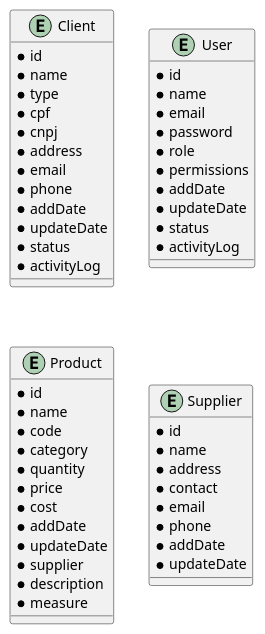
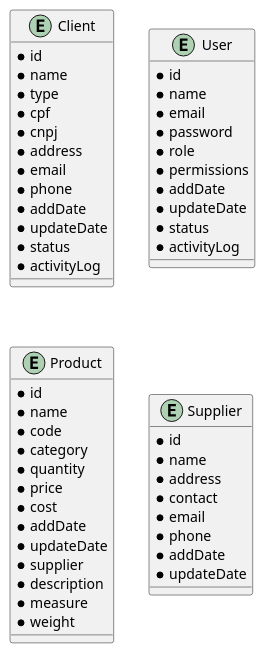
Before and after one commit to brenofilipepy/SjInventoryControl: the diagram in documentation/database-model.puml, drawn with PlantUML. The commit also changed 4 other files, not shown here.

```diff
--- a/documentation/database-model.puml
+++ b/documentation/database-model.puml
@@ -1,59 +1,60 @@
 @startuml
 entity Client {
     * id
     * name
     * type
     * cpf
     * cnpj
     * address
     * email
     * phone
     * addDate
     * updateDate
     * status
     * activityLog
 }
 
 entity User {
     * id
     * name
     * email
     * password
     * role
     * permissions
     * addDate
     * updateDate
     * status
     * activityLog
 }
 
 entity Product {
     * id
     * name
     * code
     * category
     * quantity
     * price
     * cost
     * addDate
     * updateDate
     * supplier
     * description
     * measure
+    * weight
 }
 
 entity Supplier {
     * id
     * name
     * address
     * contact
     * email
     * phone
     * addDate
     * updateDate
 }
 
 ' Um produto pode ter varios fornecedores, e um fornecedor pode fornecer varios produtos
 ' Um Cliente pode comprar varios Produtos, e um produto pode ser comprado por varios clientes
 
 @enduml
```
